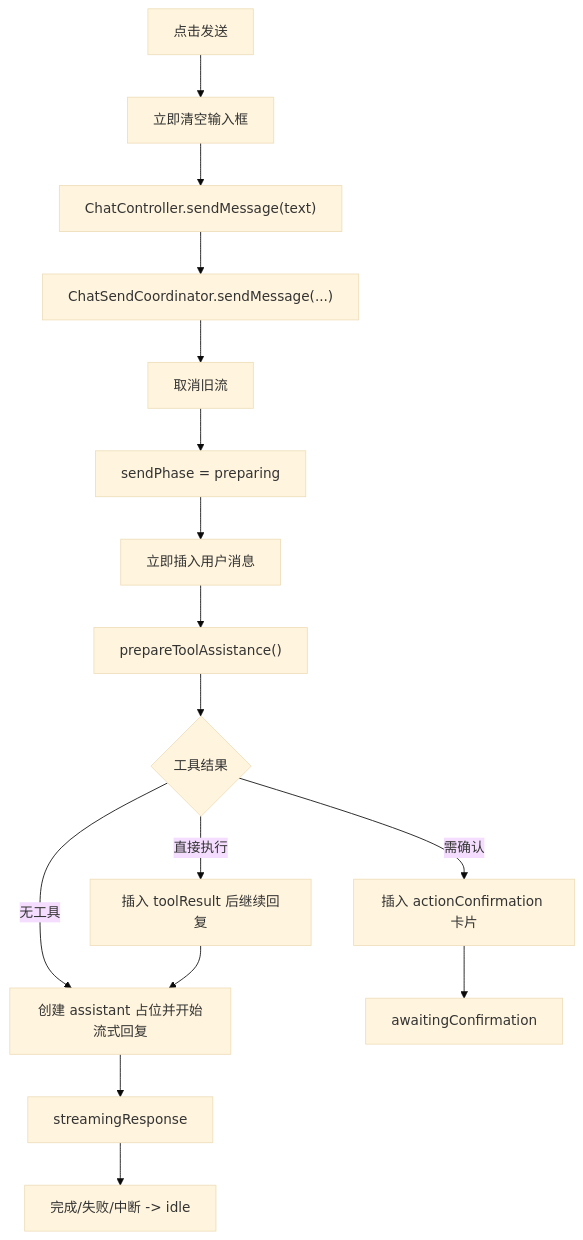
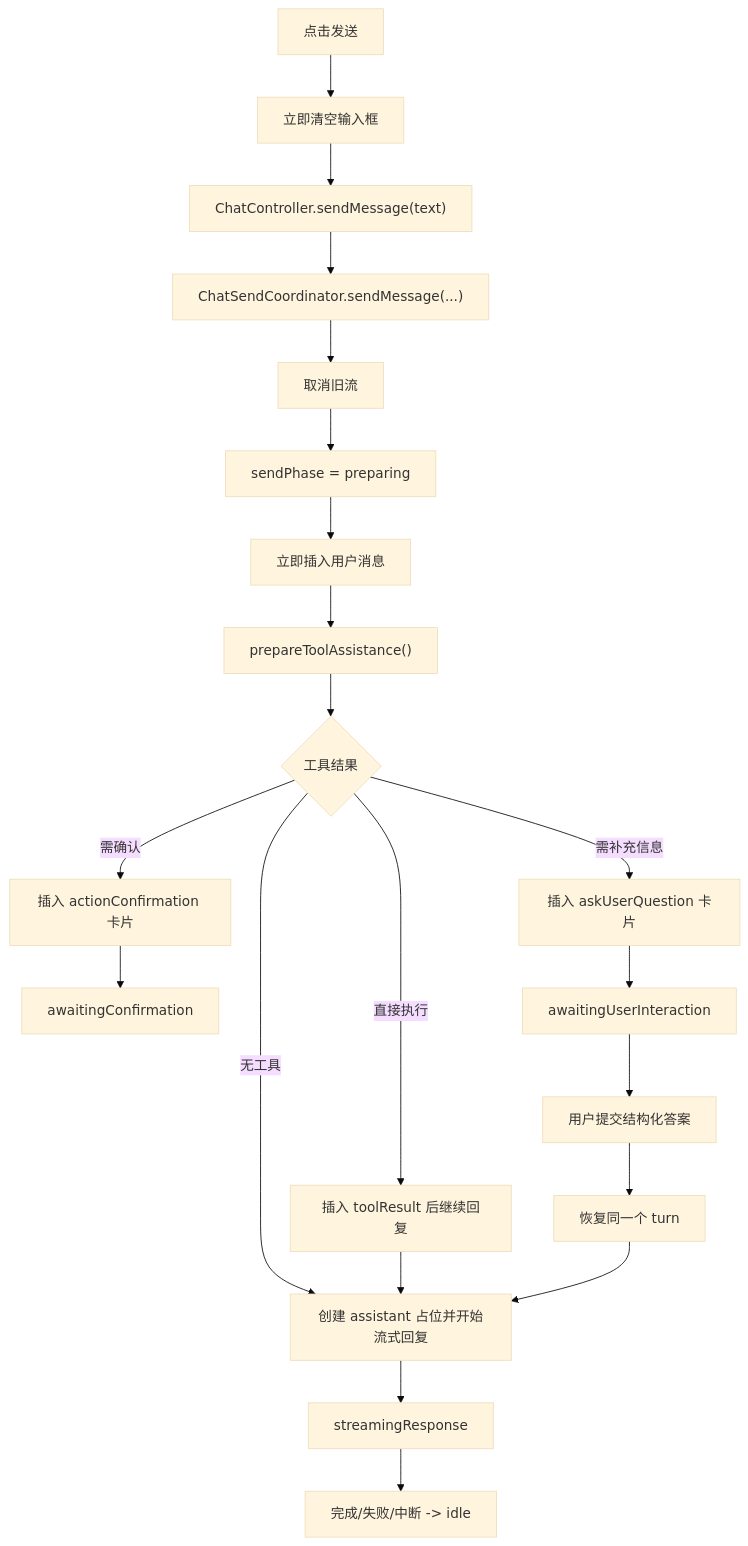
Before and after one commit to 18839779221/FlutterAIChat: the diagram in README.md, drawn with Mermaid (base theme). The commit also changed other lines of this file and 51 other files, not shown here.

Commit message:
feat: add ask user question interaction flow

````diff
--- a/README.md
+++ b/README.md
@@ -78,18 +83,23 @@
 ```mermaid
 flowchart TD
     A["点击发送"] --> B["立即清空输入框"]
     B --> C["ChatController.sendMessage(text)"]
     C --> D["ChatSendCoordinator.sendMessage(...)"]
     D --> E["取消旧流"]
     E --> F["sendPhase = preparing"]
     F --> G["立即插入用户消息"]
     G --> H["prepareToolAssistance()"]
     H --> I{"工具结果"}
     I -->|无工具| J["创建 assistant 占位并开始流式回复"]
     I -->|需确认| K["插入 actionConfirmation 卡片"]
+    I -->|需补充信息| Q["插入 askUserQuestion 卡片"]
     I -->|直接执行| L["插入 toolResult 后继续回复"]
     L --> J
     K --> M["awaitingConfirmation"]
+    Q --> R["awaitingUserInteraction"]
+    R --> S["用户提交结构化答案"]
+    S --> T["恢复同一个 turn"]
+    T --> J
     J --> N["streamingResponse"]
     N --> O["完成/失败/中断 -> idle"]
 ```
````
